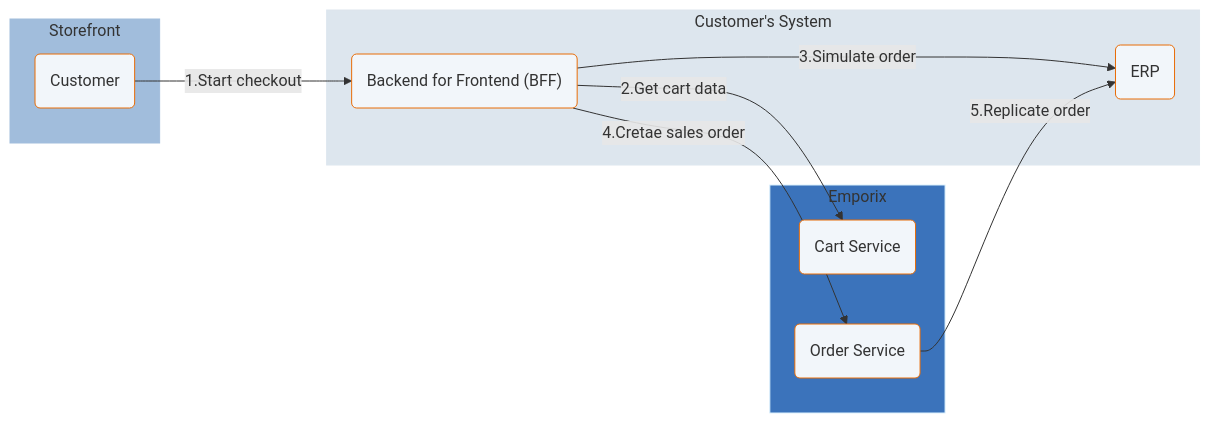
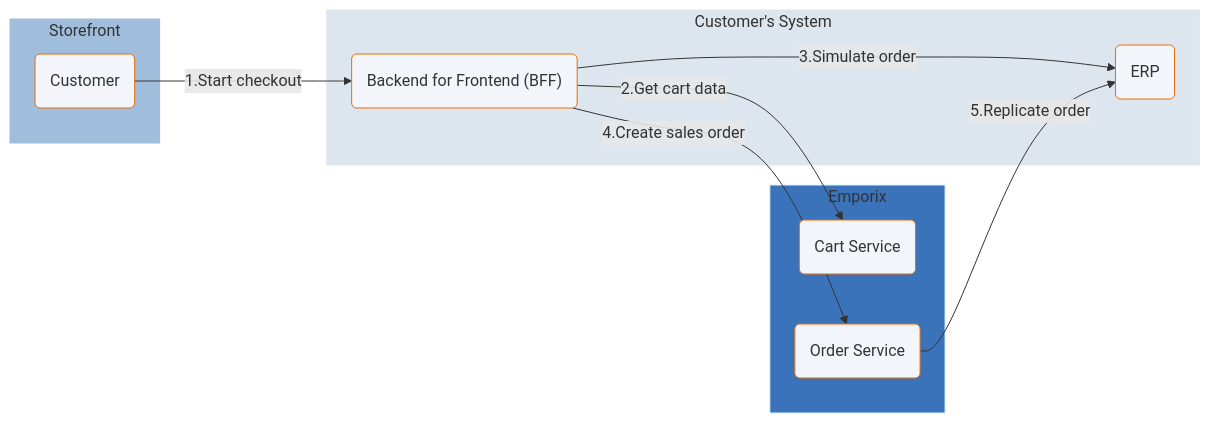
One commit to emporix/api-references changed the third of 3 diagrams in orders/order/order.md. Above: the diagram before and after it, drawn with Mermaid.

Commit message:
COP-3102 Diagrams for order tutotial

````diff
--- a/orders/order/order.md
+++ b/orders/order/order.md
@@ -153,43 +153,43 @@
 ```mermaid
 ---
 config:
   layout: fixed
   theme: default
   look: classic
 ---
 flowchart LR
  subgraph subGraph0["Storefront"]
         A["Customer"]
   end
  subgraph subGraph1["Emporix"]
         CS["Cart Service"]
         OS["Order Service"]
   end
  subgraph subGraph2["Customer's System"]
         BFF["Backend for Frontend (BFF)"]
         ERP["ERP"]
   end
     A -- "1.Start checkout" --> BFF
     BFF -- "2.Get cart data" --> CS
     BFF -- "3.Simulate order" --> ERP
-    BFF -- "4.Cretae sales order" --> OS
+    BFF -- "4.Create sales order" --> OS
     OS -- "5.Replicate order" --> ERP
     A@{ shape: rounded}
     CS@{ shape: rounded}
     OS@{ shape: rounded}
     BFF@{ shape: rounded}
     ERP@{ shape: rounded}
      A:::Class_04
      CS:::Class_04
      OS:::Class_04
      BFF:::Class_04
      ERP:::Class_04
      subGraph1:::Class_03
      subGraph0:::Class_01
      subGraph2:::Class_02
     classDef Class_02 stroke-width:1px, stroke-dasharray: 0, stroke:#DDE6EE, fill:#DDE6EE
     classDef Class_01 stroke-width:1px, stroke-dasharray: 0, stroke:#A1BDDC, fill:#A1BDDC
     classDef Class_03 stroke-width:1px, stroke-dasharray: 0, stroke:#DBF1FE, fill:#3b73bb
     classDef Class_04 fill:#F2F6FA, stroke:#E86C07
 
 ```
````
